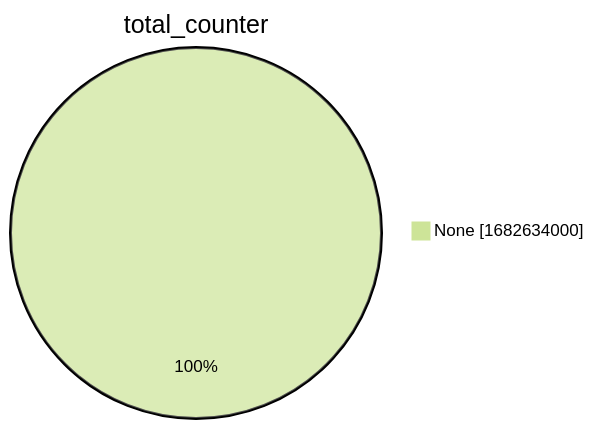
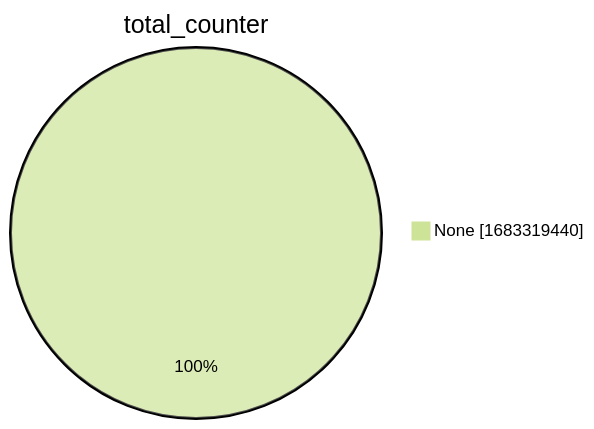
The second of 15 diagrams in xenon2022/README.md (christiankrug/ctmonitor_visualization), drawn with Mermaid (forest theme) before and after one commit. The commit also changed other lines of this file, not shown here.

````diff
--- a/xenon2022/README.md
+++ b/xenon2022/README.md
@@ -9,5 +9,5 @@
 ```mermaid
 pie showData
 title total_counter
-"None" :1682634000
+"None" :1683319440
 ```
````
